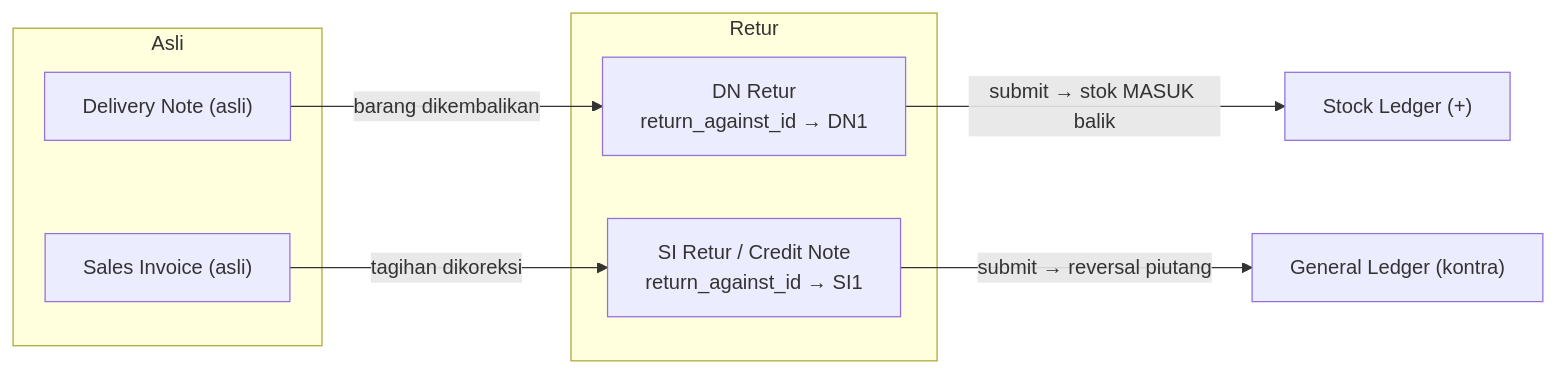
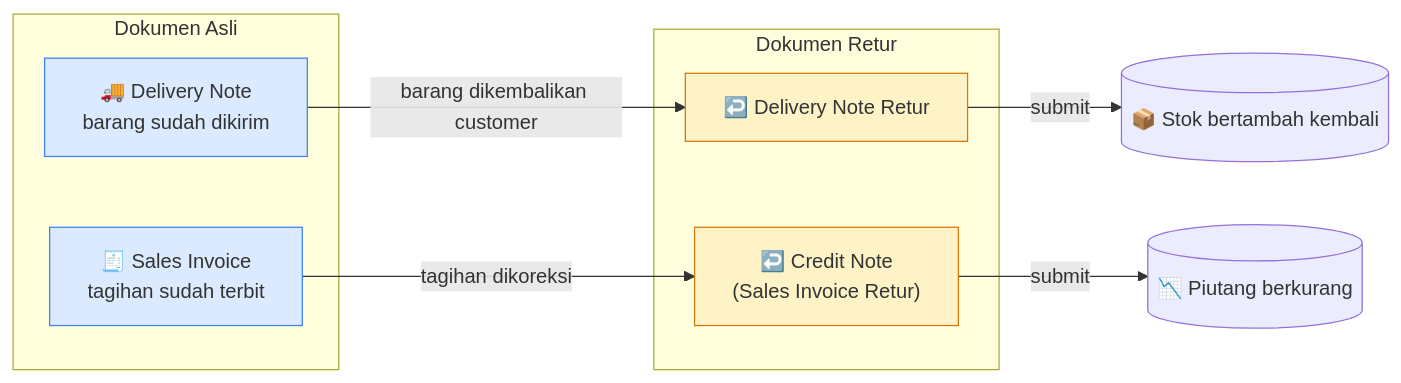
One commit to RimbunCode/erp_pataya changed the sixth of 6 diagrams in docs/modules/sales.md. Above: the diagram before and after it, drawn with Mermaid. The commit also changed other lines of this file and 14 other files, not shown here.

````diff
--- a/docs/modules/sales.md
+++ b/docs/modules/sales.md
@@ -391,15 +384,20 @@
 ```mermaid
 flowchart LR
-    subgraph Asli
-      DN1["Delivery Note (asli)"]
-      SI1["Sales Invoice (asli)"]
+    subgraph asli [" Dokumen Asli "]
+      DN1["🚚 Delivery Note<br/>barang sudah dikirim"]
+      SI1["🧾 Sales Invoice<br/>tagihan sudah terbit"]
     end
-    subgraph Retur
-      DN2["DN Retur<br/>return_against_id → DN1"]
-      SI2["SI Retur / Credit Note<br/>return_against_id → SI1"]
+    subgraph retur [" Dokumen Retur "]
+      DN2["↩️ Delivery Note Retur"]
+      SI2["↩️ Credit Note<br/>(Sales Invoice Retur)"]
     end
-    DN1 -->|"barang dikembalikan"| DN2
+    DN1 -->|"barang dikembalikan customer"| DN2
     SI1 -->|"tagihan dikoreksi"| SI2
-    DN2 -->|"submit → stok MASUK balik"| SLE["Stock Ledger (+)"]
-    SI2 -->|"submit → reversal piutang"| GL["General Ledger (kontra)"]
+    DN2 -->|"submit"| Stok[("📦 Stok bertambah kembali")]
+    SI2 -->|"submit"| Piutang[("📉 Piutang berkurang")]
+
+    style DN1 fill:#dbeafe,stroke:#3b82f6
+    style SI1 fill:#dbeafe,stroke:#3b82f6
+    style DN2 fill:#fef3c7,stroke:#d97706
+    style SI2 fill:#fef3c7,stroke:#d97706
 ```
````
